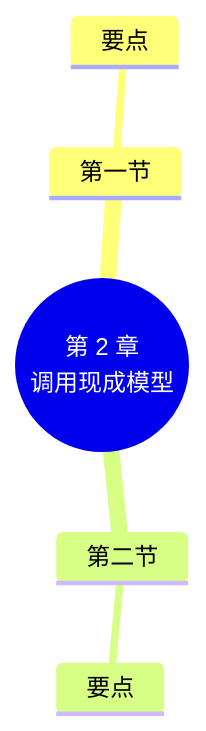
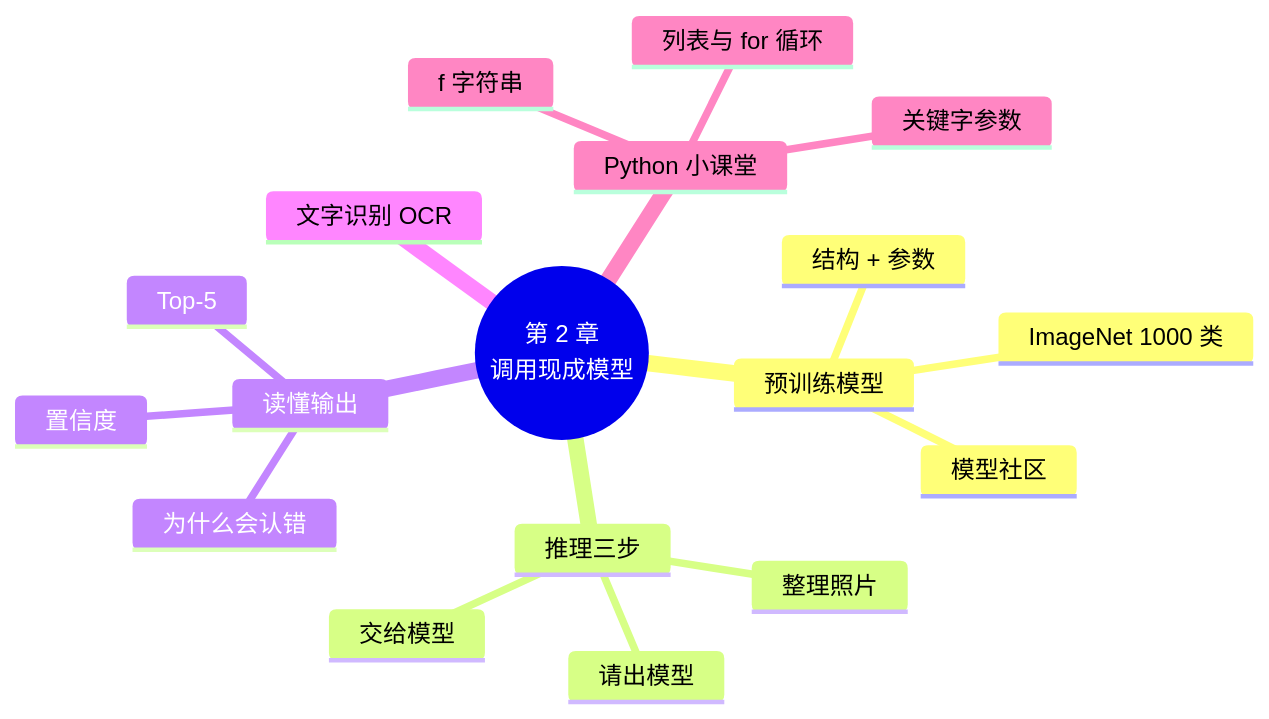
Before and after one commit to MingziFu9/ai-frameworks: the diagram in docs/chapters/02-pretrained/index.md, drawn with Mermaid. The commit also changed other lines of this file and 32 other files, not shown here.

Commit message:
第 2 章：调用现成模型（两版）、Top-5 动画、OCR 样例

````diff
--- a/docs/chapters/02-pretrained/index.md
+++ b/docs/chapters/02-pretrained/index.md
@@ -185,8 +579,21 @@
 ```mermaid
 mindmap
   root((第 2 章<br/>调用现成模型))
-    第一节
-      要点
-    第二节
-      要点
+    预训练模型
+      结构 + 参数
+      ImageNet 1000 类
+      模型社区
+    推理三步
+      请出模型
+      整理照片
+      交给模型
+    读懂输出
+      置信度
+      Top-5
+      为什么会认错
+    文字识别 OCR
+    Python 小课堂
+      关键字参数
+      f 字符串
+      列表与 for 循环
 ```
````
